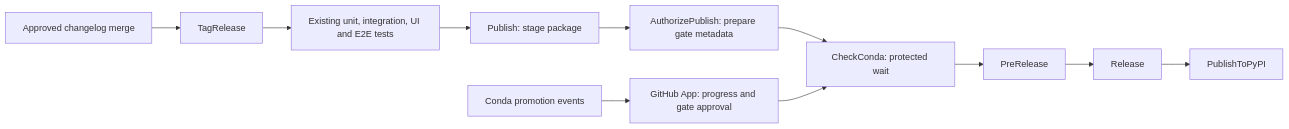
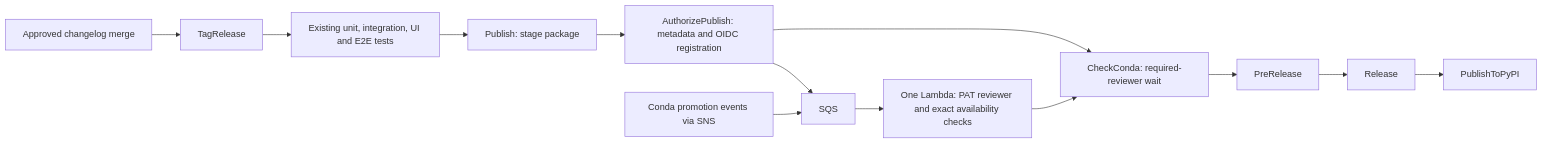
The diagram in docs/release-workflow.md (aws-deadline/deadline-cloud-for-unreal-engine), drawn with Mermaid before and after one commit. The commit also changed other lines of this file and 3 other files, not shown here.

Commit message:
ci: use a PAT reviewer for Conda release approval

````diff
--- a/docs/release-workflow.md
+++ b/docs/release-workflow.md
@@ -5,13 +5,15 @@
 ```mermaid
 flowchart LR
     C[Approved changelog merge] --> T[TagRelease]
     T --> Q[Existing unit, integration, UI and E2E tests]
     Q --> S[Publish: stage package]
-    S --> M[AuthorizePublish: prepare gate metadata]
-    M --> W[CheckConda: protected wait]
-    P[Conda promotion events] --> A[GitHub App: progress and gate approval]
-    A --> W
+    S --> M[AuthorizePublish: metadata and OIDC registration]
+    M --> W[CheckConda: required-reviewer wait]
+    M --> SQ[SQS]
+    P[Conda promotion events via SNS] --> SQ
+    SQ --> L[One Lambda: PAT reviewer and exact availability checks]
+    L --> W
     W --> B[PreRelease]
     B --> R[Release]
     R --> Y[PublishToPyPI]
 ```
````
